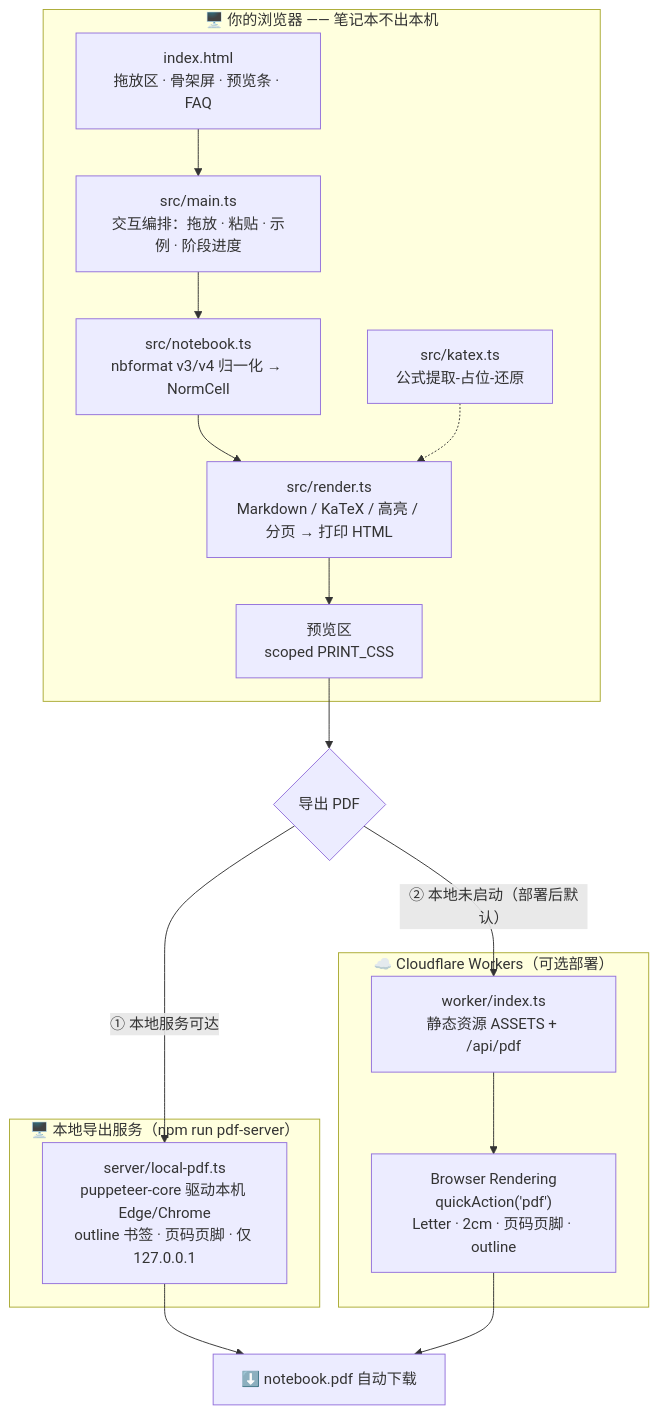
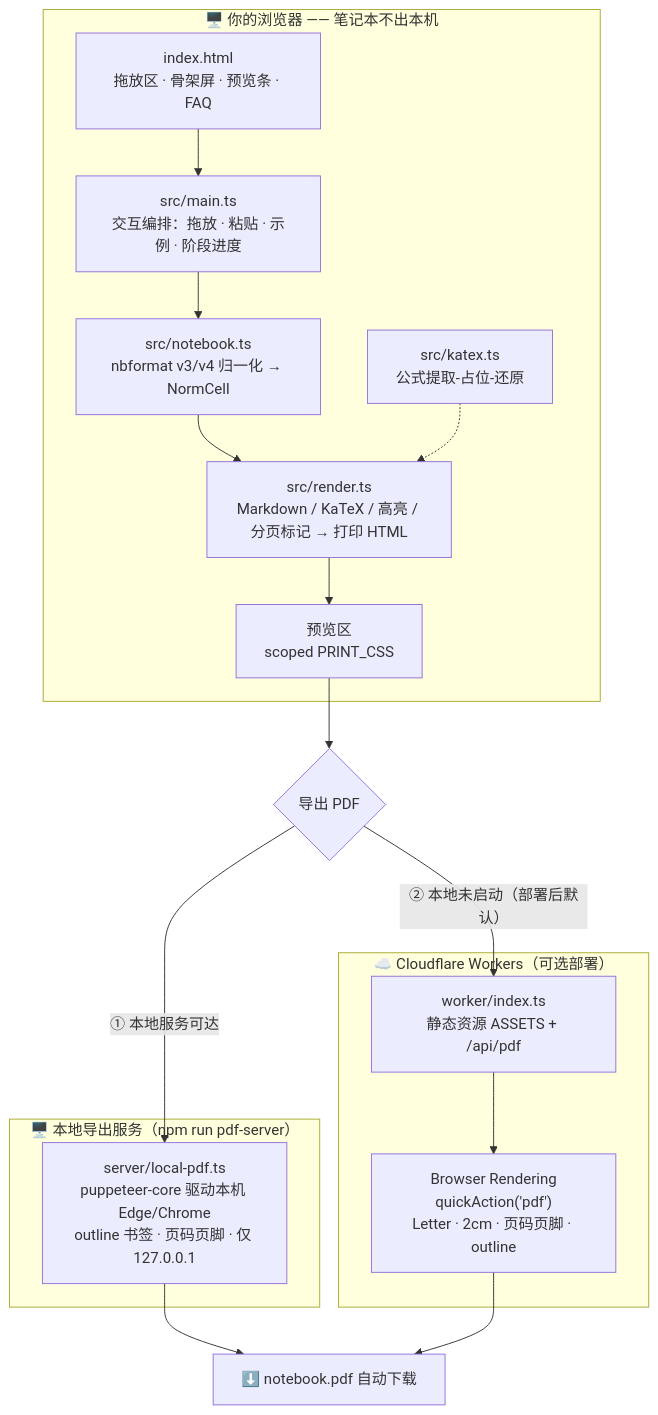
The first of 2 diagrams in README.md (WeatherCore/ipynb-to-pdf), drawn with Mermaid before and after one commit. The commit also changed other lines of this file, not shown here.

````diff
--- a/README.md
+++ b/README.md
@@ -60,21 +62,21 @@
 ```mermaid
 flowchart TB
     subgraph B["🖥️ 你的浏览器 —— 笔记本不出本机"]
         UI["index.html<br/>拖放区 · 骨架屏 · 预览条 · FAQ"] --> MAIN["src/main.ts<br/>交互编排：拖放 · 粘贴 · 示例 · 阶段进度"]
         MAIN --> NB["src/notebook.ts<br/>nbformat v3/v4 归一化 → NormCell"]
-        NB --> RD["src/render.ts<br/>Markdown / KaTeX / 高亮 / 分页 → 打印 HTML"]
+        NB --> RD["src/render.ts<br/>Markdown / KaTeX / 高亮 / 分页标记 → 打印 HTML"]
         KX["src/katex.ts<br/>公式提取-占位-还原"] -.-> RD
         RD --> PV["预览区<br/>scoped PRINT_CSS"]
     end
     PV --> EXP{"导出 PDF"}
     EXP -- "① 本地服务可达" --> L
     subgraph S["🖥️ 本地导出服务（npm run pdf-server）"]
         L["server/local-pdf.ts<br/>puppeteer-core 驱动本机 Edge/Chrome<br/>outline 书签 · 页码页脚 · 仅 127.0.0.1"]
     end
     EXP -- "② 本地未启动（部署后默认）" --> W
     subgraph C["☁️ Cloudflare Workers（可选部署）"]
         W["worker/index.ts<br/>静态资源 ASSETS + /api/pdf"] --> BR["Browser Rendering<br/>quickAction('pdf')<br/>Letter · 2cm · 页码页脚 · outline"]
     end
     L --> PDF["⬇️ notebook.pdf 自动下载"]
     BR --> PDF
 ```
````
